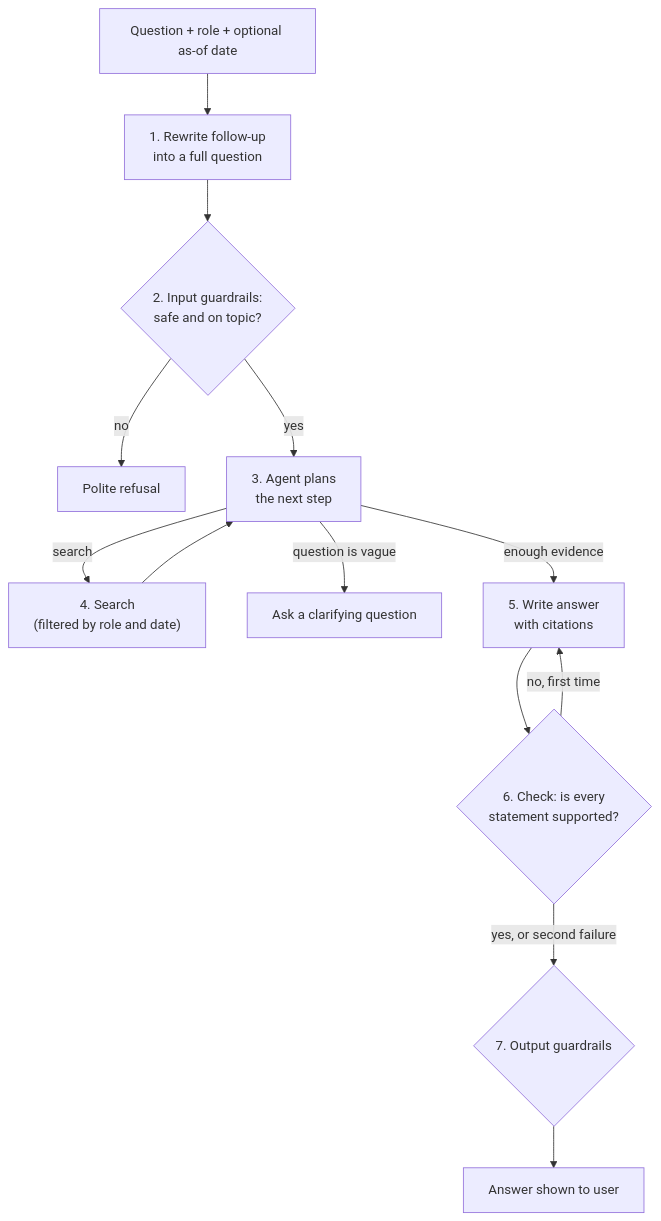
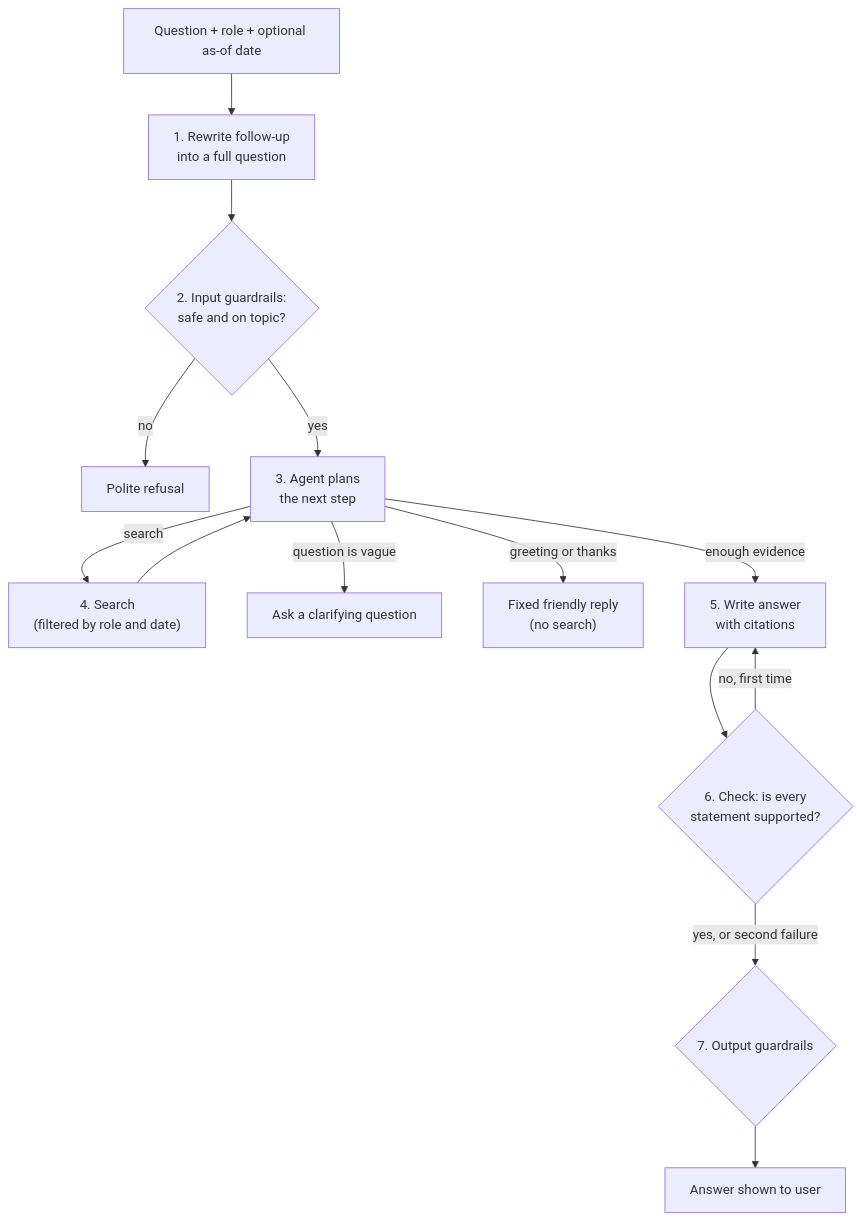
One commit to praveeniitm/learning-compliance-rag changed the second of 3 diagrams in README.md. Above: the diagram before and after it, drawn with Mermaid. The commit also changed other lines of this file and 2 other files, not shown here.

````diff
--- a/README.md
+++ b/README.md
@@ -81,15 +81,16 @@
 ```mermaid
 flowchart TD
     Q["Question + role + optional as-of date"] --> R["1. Rewrite follow-up<br/>into a full question"]
     R --> GI{"2. Input guardrails:<br/>safe and on topic?"}
     GI -->|no| X["Polite refusal"]
     GI -->|yes| P["3. Agent plans<br/>the next step"]
     P -->|search| S["4. Search<br/>(filtered by role and date)"]
     S --> P
     P -->|question is vague| C["Ask a clarifying question"]
+    P -->|greeting or thanks| T["Fixed friendly reply<br/>(no search)"]
     P -->|enough evidence| W["5. Write answer<br/>with citations"]
     W --> V{"6. Check: is every<br/>statement supported?"}
     V -->|no, first time| W
     V -->|yes, or second failure| GO{"7. Output guardrails"}
     GO --> A["Answer shown to user"]
 ```
````
